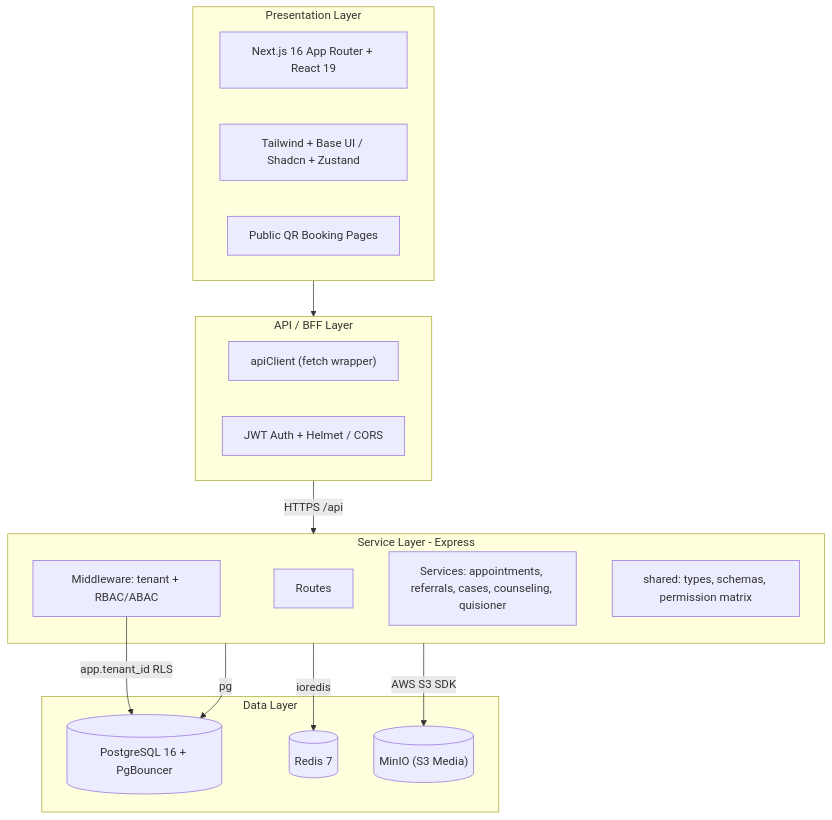
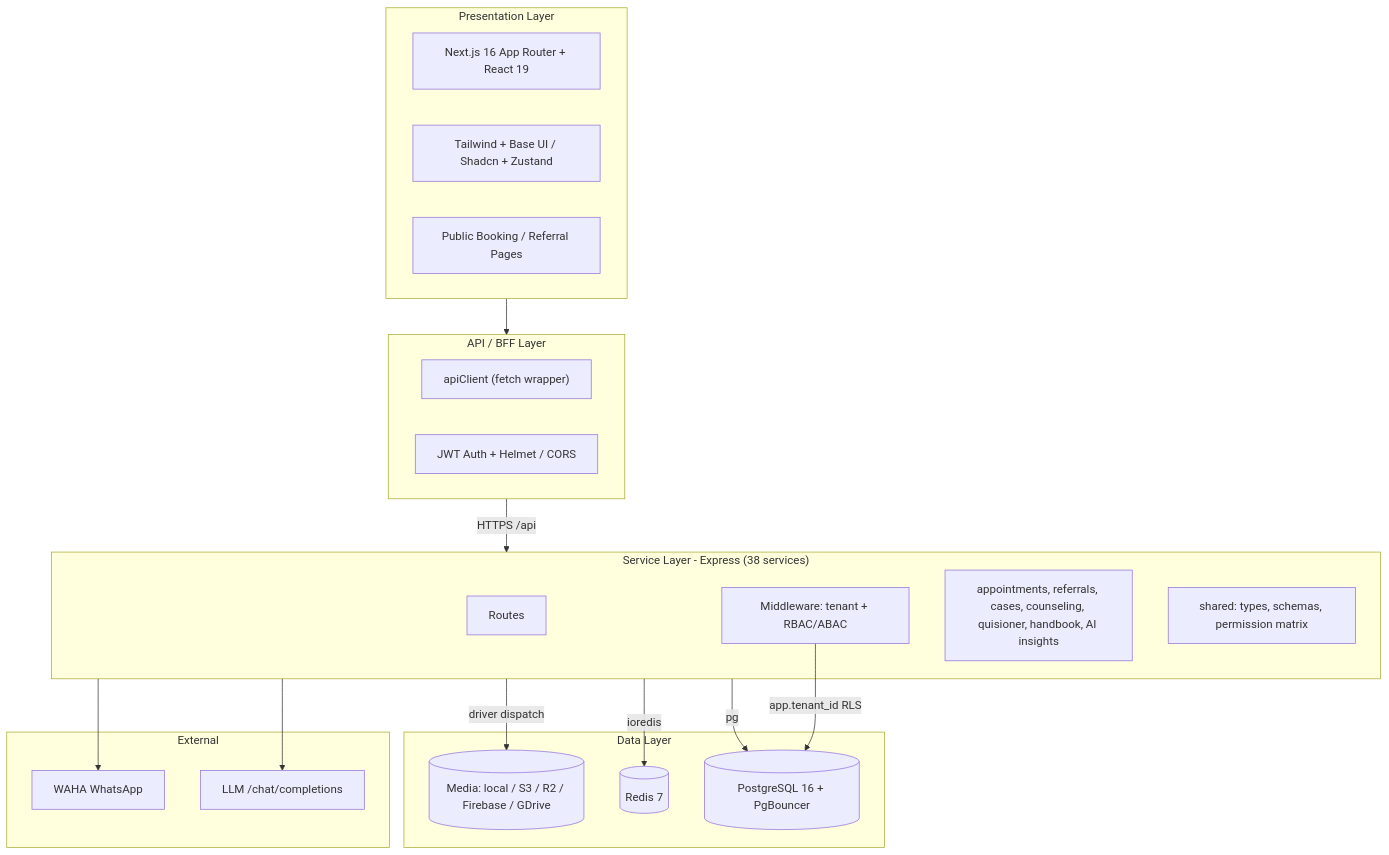
Before and after one commit to dedebono/SWIMS-HBICS: the seventh of 7 diagrams in README.md, drawn with Mermaid. The commit also changed other lines of this file, not shown here.

````diff
--- a/README.md
+++ b/README.md
@@ -290,30 +354,35 @@
 ```mermaid
 flowchart TB
   subgraph PL["Presentation Layer"]
     FE["Next.js 16 App Router + React 19"]
     UI["Tailwind + Base UI / Shadcn + Zustand"]
-    PUB["Public QR Booking Pages"]
+    PUB["Public Booking / Referral Pages"]
   end
   subgraph AL["API / BFF Layer"]
     AC["apiClient (fetch wrapper)"]
     AUTH["JWT Auth + Helmet / CORS"]
   end
-  subgraph SL["Service Layer - Express"]
+  subgraph SL["Service Layer - Express (38 services)"]
     RT["Routes"]
     MW["Middleware: tenant + RBAC/ABAC"]
-    SV["Services: appointments, referrals, cases, counseling, quisioner"]
+    SV["appointments, referrals, cases, counseling, quisioner, handbook, AI insights"]
     SH["shared: types, schemas, permission matrix"]
   end
   subgraph DL["Data Layer"]
     PG[("PostgreSQL 16 + PgBouncer")]
     RD[("Redis 7")]
-    S3[("MinIO (S3 Media)")]
+    OBJ[("Media: local / S3 / R2 / Firebase / GDrive")]
+  end
+  subgraph EX["External"]
+    AI["LLM /chat/completions"]
+    WA["WAHA WhatsApp"]
   end
 
   PL --> AL
   AL -->|"HTTPS /api"| SL
   SL -->|"pg"| PG
   SL -->|"ioredis"| RD
-  SL -->|"AWS S3 SDK"| S3
+  SL -->|"driver dispatch"| OBJ
+  SL --> AI & WA
   MW -->|"app.tenant_id RLS"| PG
 ```
````
